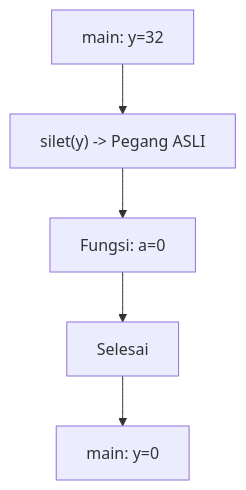
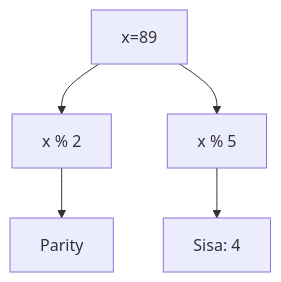
Before and after one commit to amnahwaida/OSNK_INF_PREP: diagram 11 of 25 in part-c-pemahaman-cpp/04-fungsi/latihan/set-08.md, drawn with Mermaid. The commit also changed other lines of this file and 71 other files, not shown here.

````diff
--- a/part-c-pemahaman-cpp/04-fungsi/latihan/set-08.md
+++ b/part-c-pemahaman-cpp/04-fungsi/latihan/set-08.md
@@ -331,7 +325,7 @@
 ```mermaid
 graph TD
-    A[main: y=32] --> B["silet(y) -> Pegang ASLI"]
-    B --> C[Fungsi: a=0]
-    C --> D[Selesai]
-    D --> E[main: y=0]
+A[x=89] --> B[x % 2]
+B --> C[Parity]
+A --> D[x % 5]
+D --> E[Sisa: 4]
 ```
````
